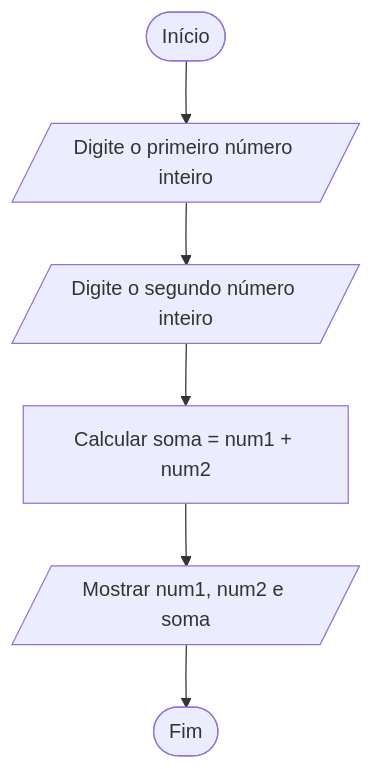
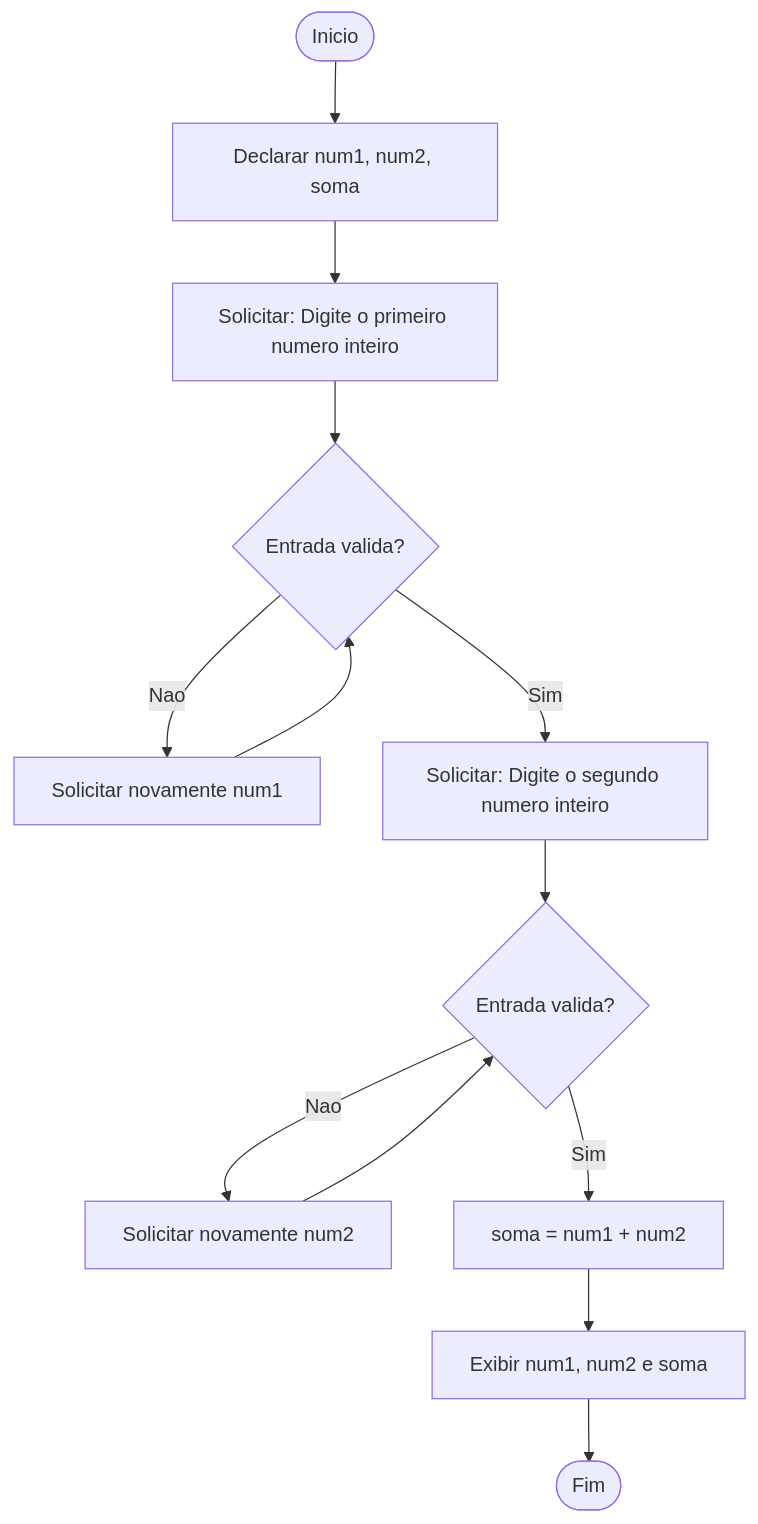
The first of 10 diagrams in README.md (DanoloBR/portiflio-dan), drawn with Mermaid before and after one commit. The commit also changed other lines of this file, not shown here.

````diff
--- a/README.md
+++ b/README.md
@@ -14,8 +5,20 @@
 ```mermaid
 flowchart TD
-  A([Início]) --> B[/Digite o primeiro número inteiro/]
-  B --> C[/Digite o segundo número inteiro/]
-  C --> D[Calcular soma = num1 + num2]
-  D --> E[/Mostrar num1, num2 e soma/]
-  E --> F([Fim])
+    A([Inicio])
+    B[Declarar num1, num2, soma]
+    C[Solicitar: Digite o primeiro numero inteiro]
+    D{Entrada valida?}
+    E[Solicitar novamente num1]
+    F[Solicitar: Digite o segundo numero inteiro]
+    G{Entrada valida?}
+    H[Solicitar novamente num2]
+    I[soma = num1 + num2]
+    J[Exibir num1, num2 e soma]
+    K([Fim])
+
+    A --> B --> C --> D
+    D -->|Nao| E --> D
+    D -->|Sim| F --> G
+    G -->|Nao| H --> G
+    G -->|Sim| I --> J --> K
 ```
````
